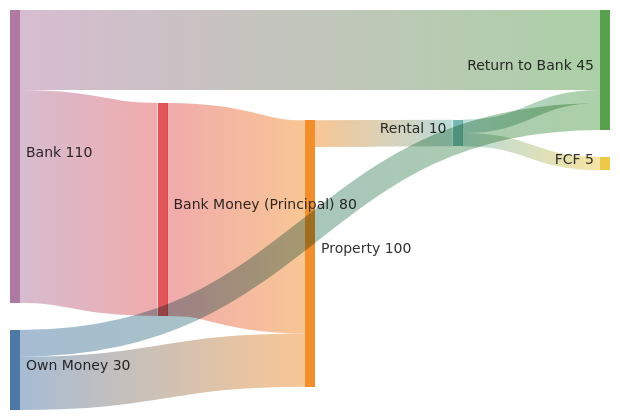
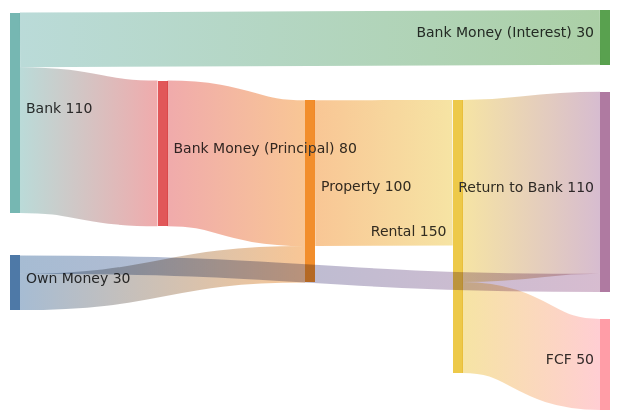
One commit to jlleongarcia/jlleongarcia changed the third of 3 diagrams in content/blog/py-z-stock-vs-flat.md. Above: the diagram before and after it, drawn with Mermaid. The commit also changed other lines of this file and 1 other file, not shown here.

Commit message:
further zoom in CF rental

````diff
--- a/content/blog/py-z-stock-vs-flat.md
+++ b/content/blog/py-z-stock-vs-flat.md
@@ -391,18 +393,18 @@
 ```mermaid
 ---
 config:
   sankey:
     showValues: true
 ---
 
 sankey-beta
 
 "Own Money","Property",20
 "Bank Money (Principal)","Property",80
-"Property","Rental",10
-"Rental","Return to Bank",5
-"Rental","FCF",5
-"Bank","Return to Bank",30
+"Bank","Bank Money (Interest)",30
+"Property","Rental",80
+"Rental","Return to Bank",100
+"Rental","FCF",50
 "Bank","Bank Money (Principal)",80
 "Own Money","Return to Bank",10
 ```
````
